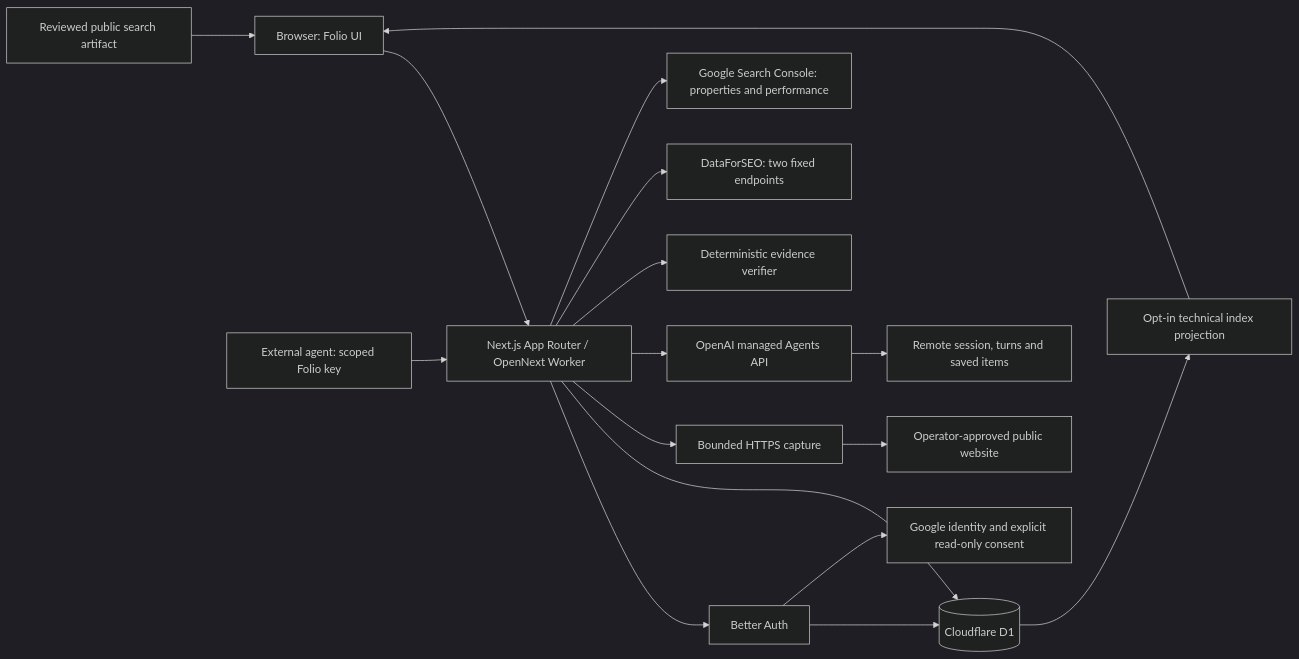
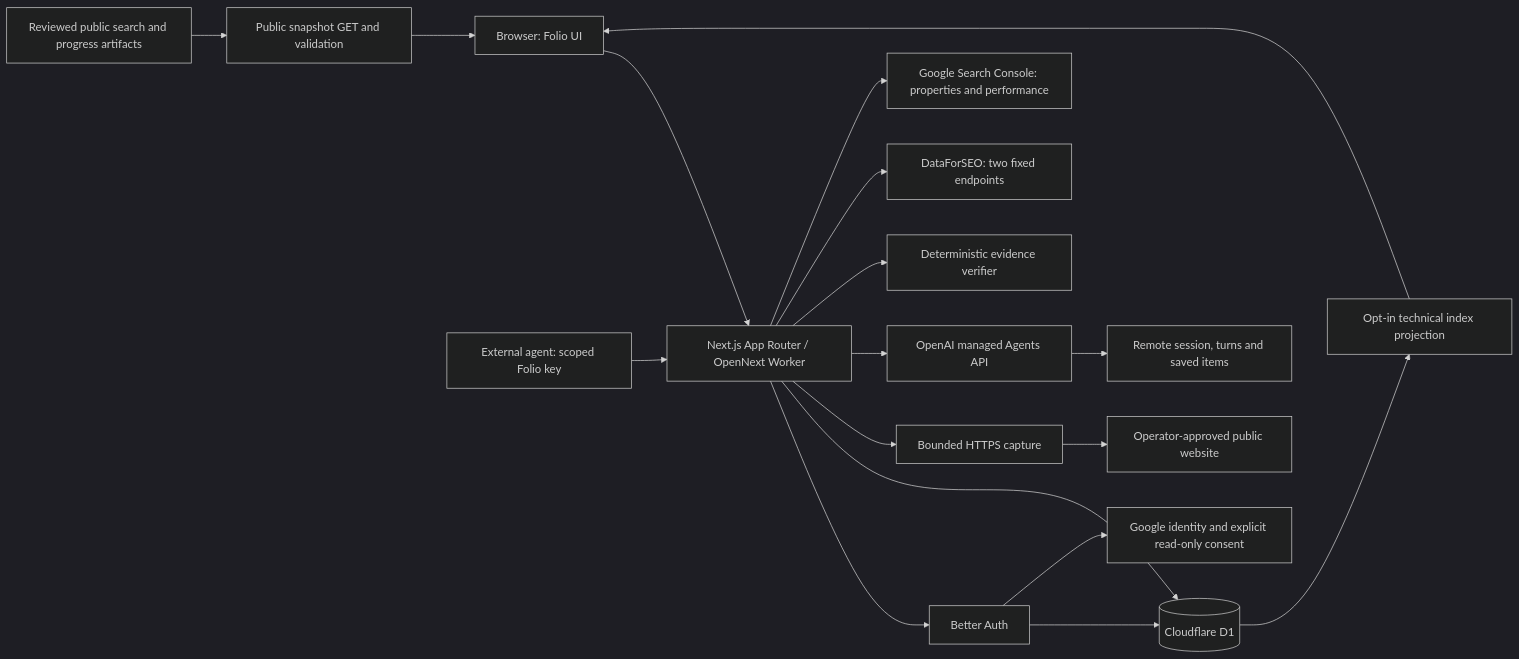
The diagram in ARCHITECTURE.md (justrach/folio), drawn with Mermaid (dark theme) before and after one commit. The commit also changed other lines of this file and 6 other files, not shown here.

Commit message:
Publish expanded public questions and 24 completed search observations

````diff
--- a/ARCHITECTURE.md
+++ b/ARCHITECTURE.md
@@ -9,19 +9,20 @@
 ```mermaid
 flowchart LR
   Browser[Browser: Folio UI] --> Next[Next.js App Router / OpenNext Worker]
   Client[External agent: scoped Folio key] --> Next
   Next --> Auth[Better Auth]
   Auth --> D1[(Cloudflare D1)]
   Next --> D1
   Next --> Capture[Bounded HTTPS capture]
   Capture --> Website[Operator-approved public website]
   Next --> Agents[OpenAI managed Agents API]
   Agents --> Saved[Remote session, turns and saved items]
   Next --> Verify[Deterministic evidence verifier]
   Next --> SEO[DataForSEO: two fixed endpoints]
   Auth --> Google[Google identity and explicit read-only consent]
   Next --> GSC[Google Search Console: properties and performance]
   D1 --> Public[Opt-in technical index projection]
   Public --> Browser
-  Artifact[Reviewed public search artifact] --> Browser
+  Artifact[Reviewed public search and progress artifacts] --> PublicDashboard[Public snapshot GET and validation]
+  PublicDashboard --> Browser
 ```
````
